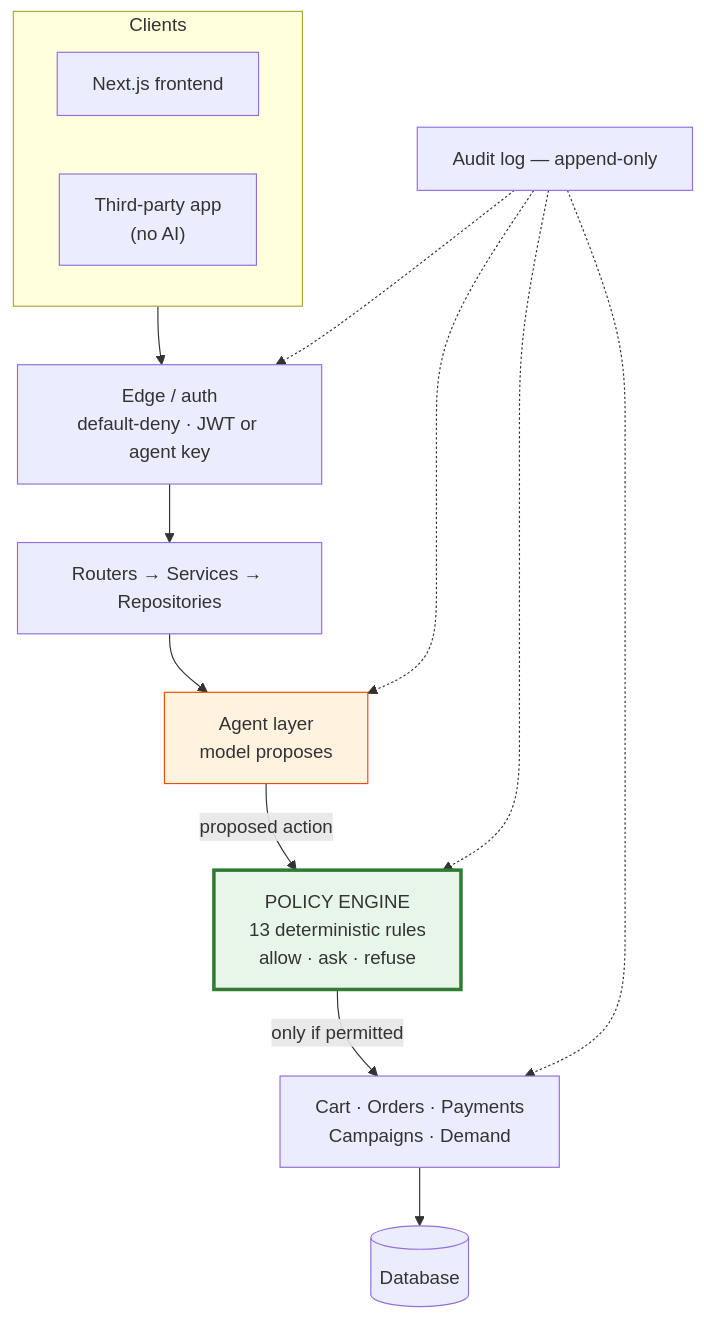
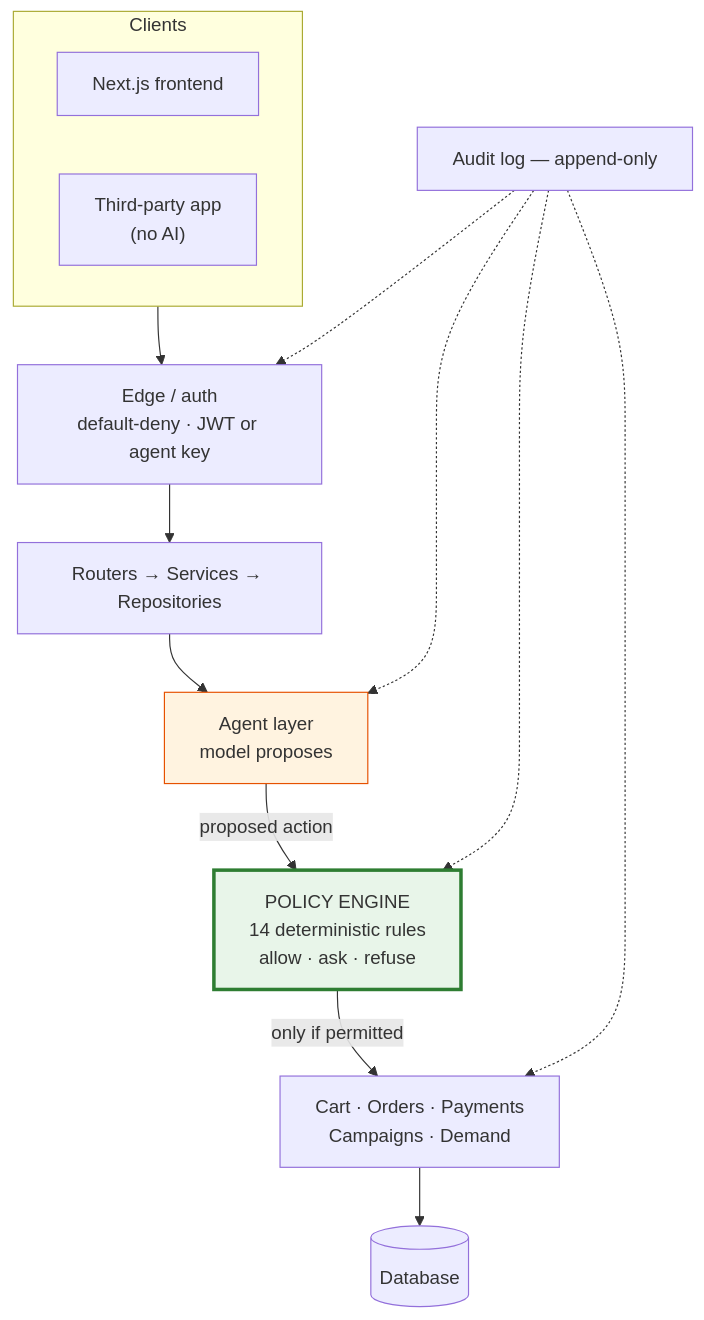
One commit to Bhuvanesh726/Agent_razorpay changed the diagram in README.md. Above: the diagram before and after it, drawn with Mermaid. The commit also changed other lines of this file and 22 other files, not shown here.

````diff
--- a/README.md
+++ b/README.md
@@ -175,27 +175,27 @@
 ```mermaid
 graph TD
     subgraph clients["Clients"]
         web["Next.js frontend"]
         third["Third-party app<br/>(no AI)"]
     end
     edge["Edge / auth<br/>default-deny · JWT or agent key"]
     app["Routers → Services → Repositories"]
     agent["Agent layer<br/>model proposes"]
-    policy["POLICY ENGINE<br/>13 deterministic rules<br/>allow · ask · refuse"]
+    policy["POLICY ENGINE<br/>14 deterministic rules<br/>allow · ask · refuse"]
     domain["Cart · Orders · Payments<br/>Campaigns · Demand"]
     db[("Database")]
     audit["Audit log — append-only"]
 
     clients --> edge --> app
     app --> agent
     agent -->|"proposed action"| policy
     policy -->|"only if permitted"| domain
     domain --> db
     audit -.-> edge
     audit -.-> agent
     audit -.-> policy
     audit -.-> domain
 
     style policy fill:#e8f5e9,stroke:#2e7d32,stroke-width:3px
     style agent fill:#fff3e0,stroke:#e65100
 ```
````
